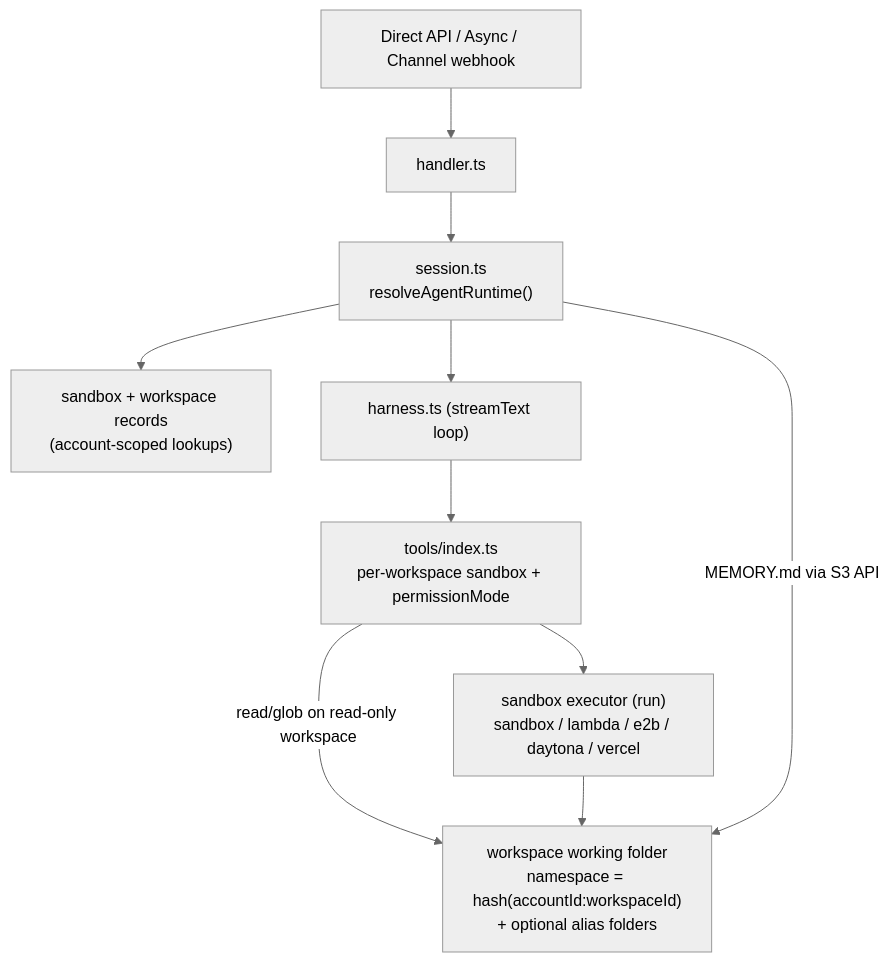
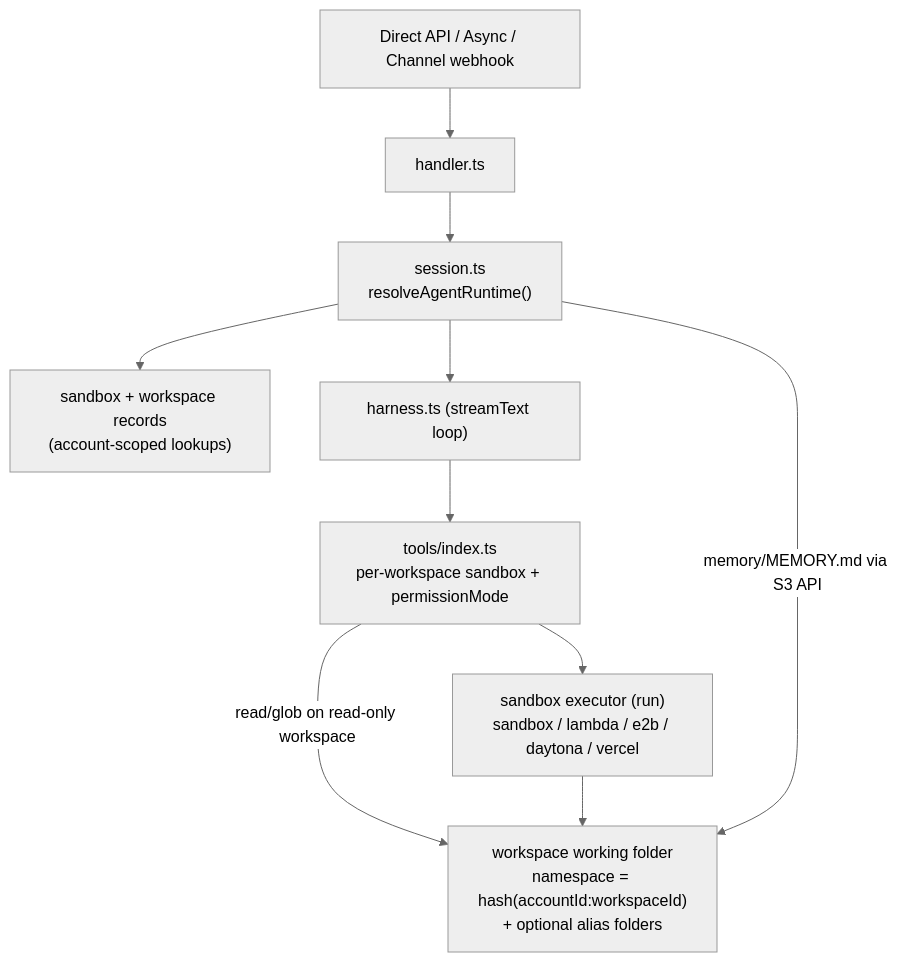
One commit to beeblastco/broods changed the second of 3 diagrams in apps/docs/docs/workspace/index.md. Above: the diagram before and after it, drawn with Mermaid (neutral theme). The commit also changed other lines of this file and 4 other files, not shown here.

````diff
--- a/apps/docs/docs/workspace/index.md
+++ b/apps/docs/docs/workspace/index.md
@@ -155,12 +155,12 @@
 ```mermaid
 flowchart TD
   Request["Direct API / Async / Channel webhook"] --> Handler["handler.ts"]
   Handler --> Session["session.ts<br/>resolveAgentRuntime()"]
   Session --> Resolve["sandbox + workspace records<br/>(account-scoped lookups)"]
   Session --> Harness["harness.ts (streamText loop)"]
   Harness --> Tools["tools/index.ts<br/>per-workspace sandbox + permissionMode"]
   Tools --> Sandbox["sandbox executor (run)<br/>sandbox / lambda / e2b / daytona / vercel"]
   Tools -->|read/glob on read-only workspace| Files
   Sandbox --> Files["workspace working folder<br/>namespace = hash(accountId:workspaceId)<br/>+ optional alias folders"]
-  Session -->|MEMORY.md via S3 API| Files
+  Session -->|memory/MEMORY.md via S3 API| Files
 ```
````
